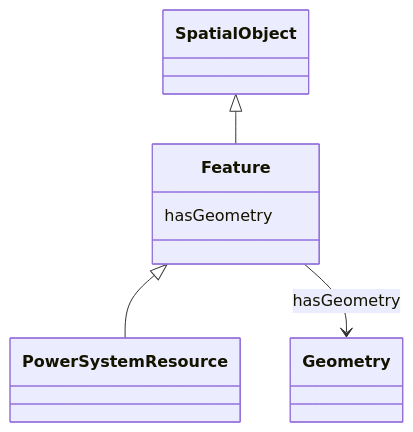
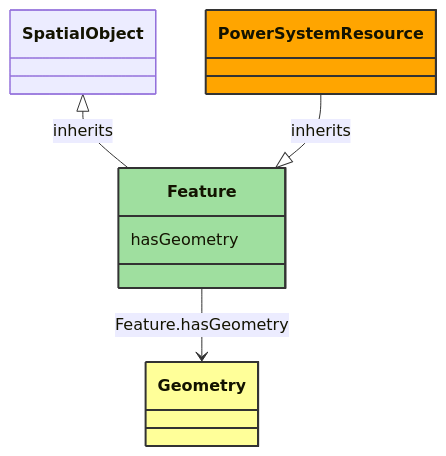
Before and after one commit to 3lbits/NoCIMExtensions: the diagram in docs/WattApp/Feature.md, drawn with Mermaid. The commit also changed other lines of this file and 60 other files, not shown here.

````diff
--- a/docs/WattApp/Feature.md
+++ b/docs/WattApp/Feature.md
@@ -16,19 +8,27 @@
 ```mermaid
- classDiagram
+classDiagram
     class Feature
     click Feature href "../Feature"
-      SpatialObject <|-- Feature
-        click SpatialObject href "../SpatialObject"
-      
+    style Feature fill:#9fdf9f,stroke:#333,stroke-width:2px,rx:10,ry:10
 
-      Feature <|-- PowerSystemResource
-        click PowerSystemResource href "../PowerSystemResource"
-      
-      
-      Feature : hasGeometry
-        
-          Feature --> Geometry : hasGeometry
-          click Geometry href "../Geometry"
-        
-      
+        SpatialObject <|-- Feature : inherits
+            click SpatialObject href "../SpatialObject"
+            style SpatialObject rx:10,ry:10
+
+        Feature
+            click Feature href "../Feature"
+            style Feature rx:10,ry:10
+
+        PowerSystemResource --|> Feature : inherits
+            click PowerSystemResource href "../PowerSystemResource"
+            style PowerSystemResource fill:#FFA500,stroke:#333,stroke-width:2px,rx:10,ry:10
+
+        Feature --> Geometry : Feature.hasGeometry
+
+        Geometry
+            click Geometry href "../Geometry"
+            style Geometry fill:#ffff99,stroke:#333,stroke-width:2px,rx:10,ry:10
+
+
+        Feature : hasGeometry
 ```
````
